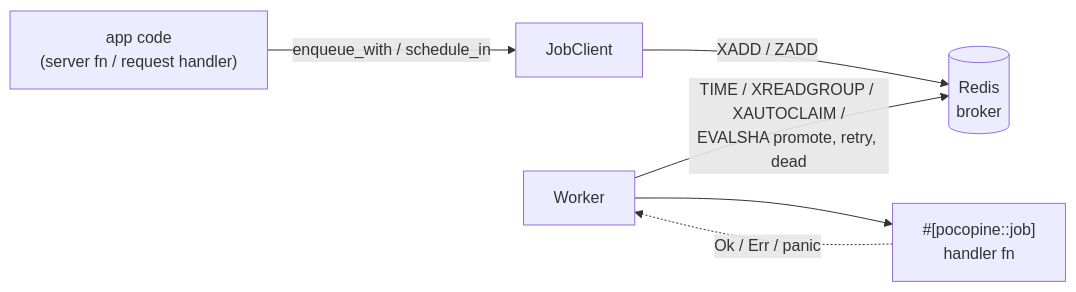
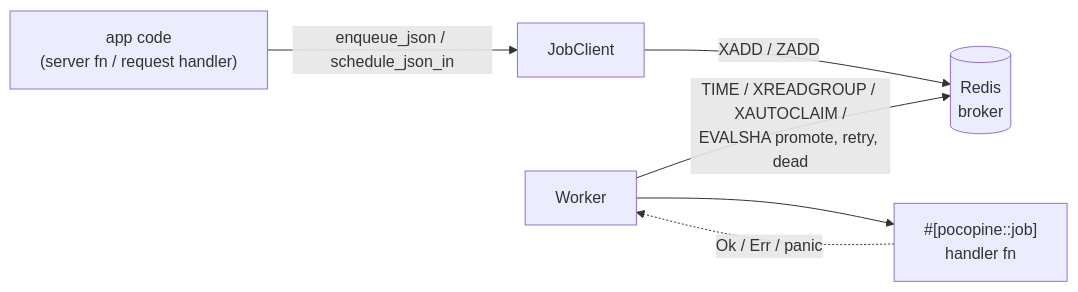
One commit to mambisi/pocopine changed the first of 7 diagrams in docs/guides/jobs/jobs.md. Above: the diagram before and after it, drawn with Mermaid. The commit also changed other lines of this file and 57 other files, not shown here.

````diff
--- a/docs/guides/jobs/jobs.md
+++ b/docs/guides/jobs/jobs.md
@@ -42,14 +34,14 @@
 ```mermaid
 flowchart LR
     App["app code<br/>(server fn / request handler)"]
     Client["JobClient"]
     Worker["Worker"]
     Redis[("Redis<br/>broker")]
     Handler["#[pocopine::job]<br/>handler fn"]
 
-    App -->|"enqueue_with / schedule_in"| Client
+    App -->|"enqueue_json / schedule_json_in"| Client
     Client -->|"XADD / ZADD"| Redis
     Worker -->|"TIME / XREADGROUP / XAUTOCLAIM /<br/>EVALSHA promote, retry, dead"| Redis
     Worker --> Handler
     Handler -.->|"Ok / Err / panic"| Worker
 ```
````
